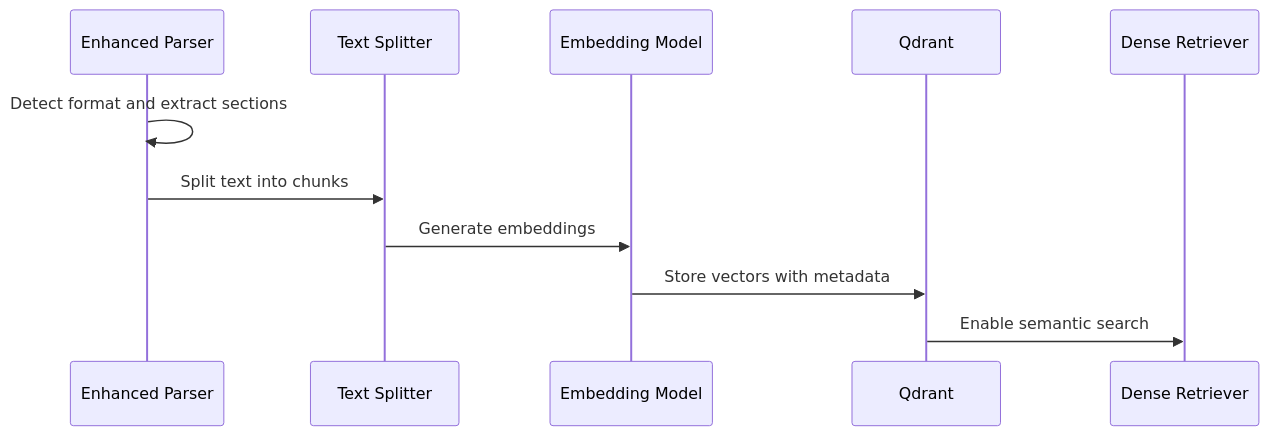
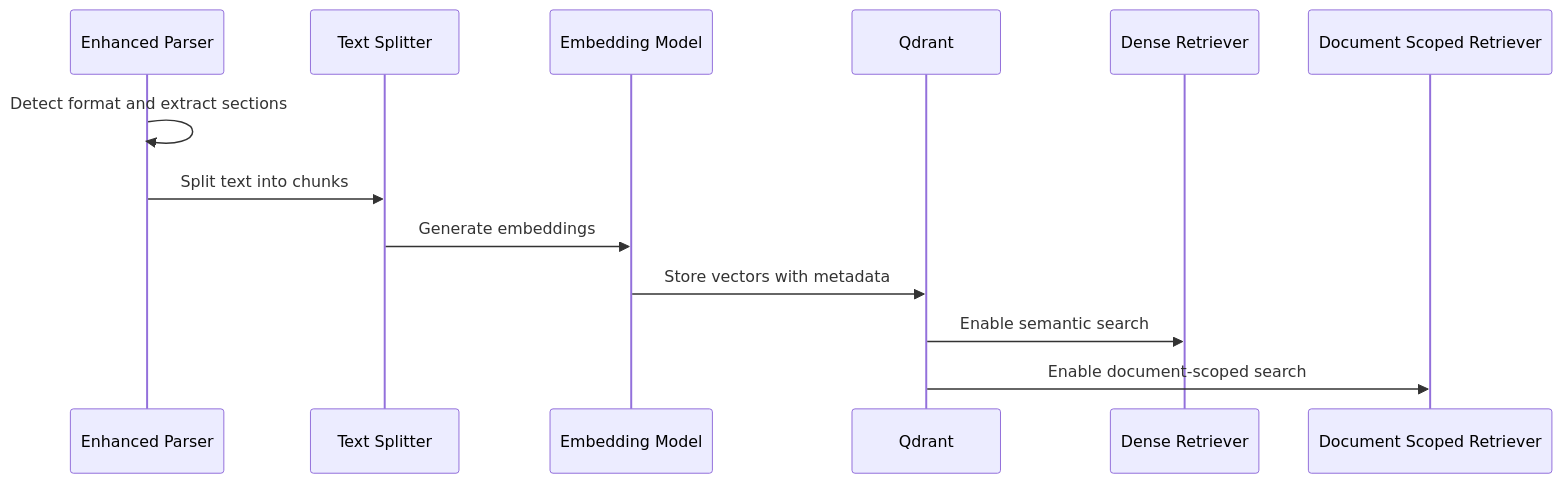
Before and after one commit to ognelis/cafetera_hr_bot: diagram 16 of 22 in .qoder/repowiki/en/content/Document Management System.md, drawn with Mermaid. The commit also changed other lines of this file and 6 other files, not shown here.

````diff
--- a/.qoder/repowiki/en/content/Document Management System.md
+++ b/.qoder/repowiki/en/content/Document Management System.md
@@ -1165,13 +1245,15 @@
 ```mermaid
 sequenceDiagram
 participant Parser as Enhanced Parser
 participant Splitter as Text Splitter
 participant Embedder as Embedding Model
 participant VectorDB as Qdrant
 participant Retriever as Dense Retriever
+participant DocScopedRetriever as Document Scoped Retriever
 Parser->>Parser : Detect format and extract sections
 Parser->>Splitter : Split text into chunks
 Splitter->>Embedder : Generate embeddings
 Embedder->>VectorDB : Store vectors with metadata
 VectorDB->>Retriever : Enable semantic search
+VectorDB->>DocScopedRetriever : Enable document-scoped search
 ```
````
